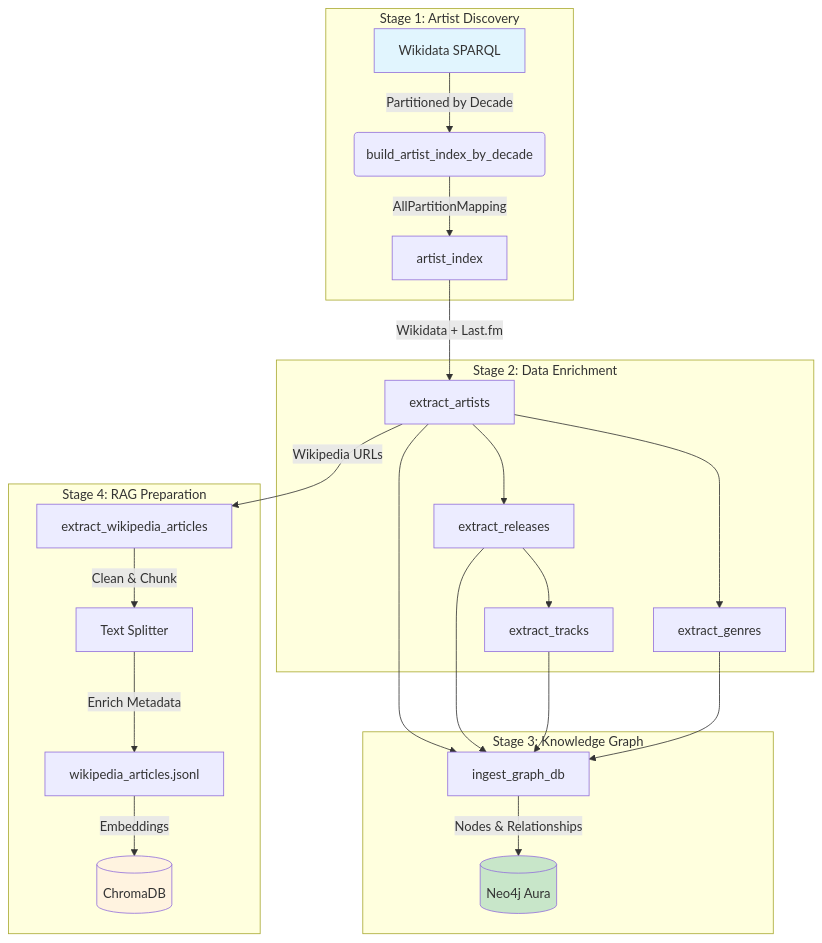
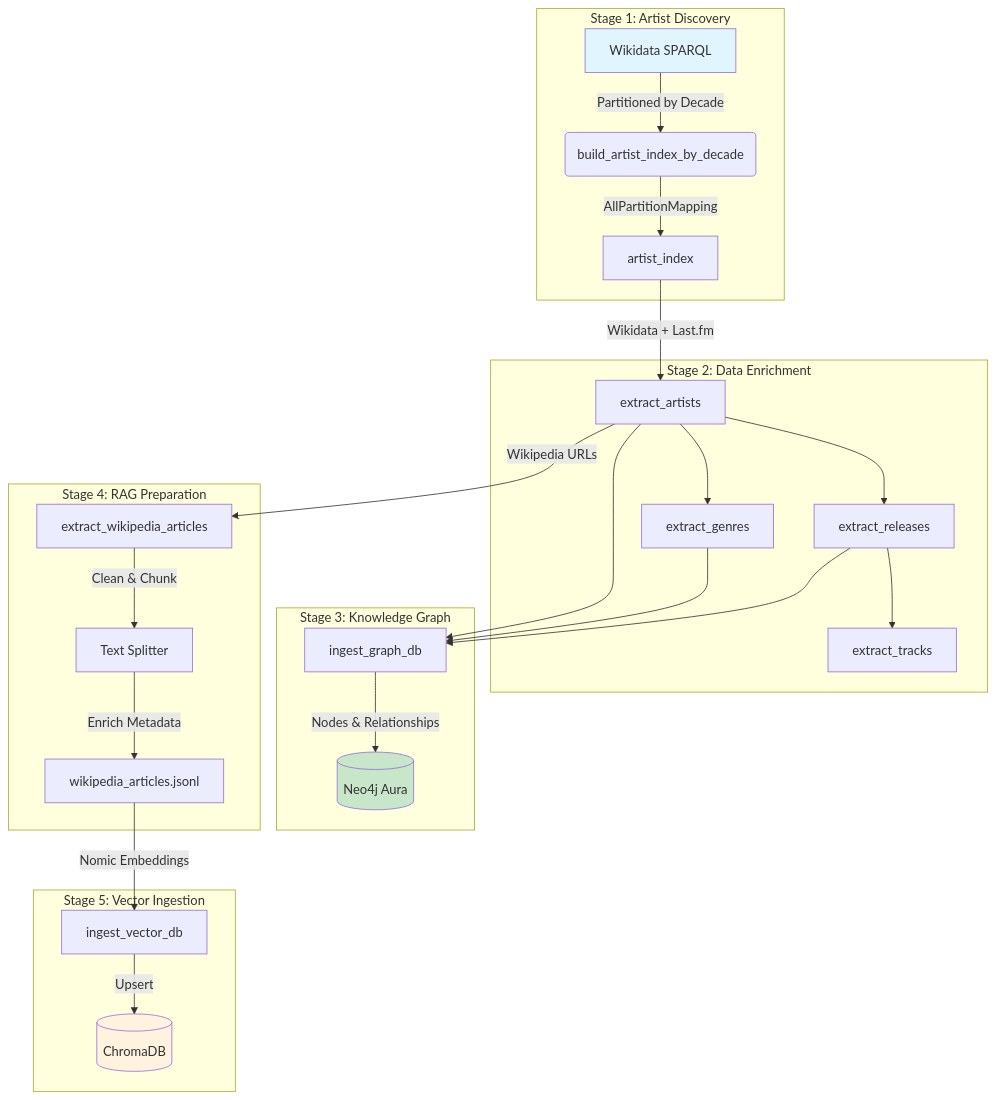
Before and after one commit to pacoreyes/GraphRagPart1DataPipeline: the first of 2 diagrams in README.md, drawn with Mermaid. The commit also changed other lines of this file and 2 other files, not shown here.

````diff
--- a/README.md
+++ b/README.md
@@ -214,30 +218,34 @@
 ```mermaid
 graph TD
     subgraph "Stage 1: Artist Discovery"
         A[Wikidata SPARQL] -->|Partitioned by Decade| B(build_artist_index_by_decade)
         B -->|AllPartitionMapping| C[artist_index]
     end
 
     subgraph "Stage 2: Data Enrichment"
         C -->|Wikidata + Last.fm| D[extract_artists]
         D --> E[extract_releases]
         E --> F[extract_tracks]
         D --> G[extract_genres]
     end
 
     subgraph "Stage 3: Knowledge Graph"
-        D & E & F & G --> H[ingest_graph_db]
+        D & E & G --> H[ingest_graph_db]
         H -->|Nodes & Relationships| I[(Neo4j Aura)]
     end
 
     subgraph "Stage 4: RAG Preparation"
         D -->|Wikipedia URLs| J[extract_wikipedia_articles]
         J -->|Clean & Chunk| K[Text Splitter]
         K -->|Enrich Metadata| L[wikipedia_articles.jsonl]
-        L -->|Embeddings| M[(ChromaDB)]
+    end
+
+    subgraph "Stage 5: Vector Ingestion"
+        L -->|Nomic Embeddings| M[ingest_vector_db]
+        M -->|Upsert| N[(ChromaDB)]
     end
 
     style A fill:#e1f5fe
     style I fill:#c8e6c9
-    style M fill:#fff3e0
+    style N fill:#fff3e0
 ```
````
